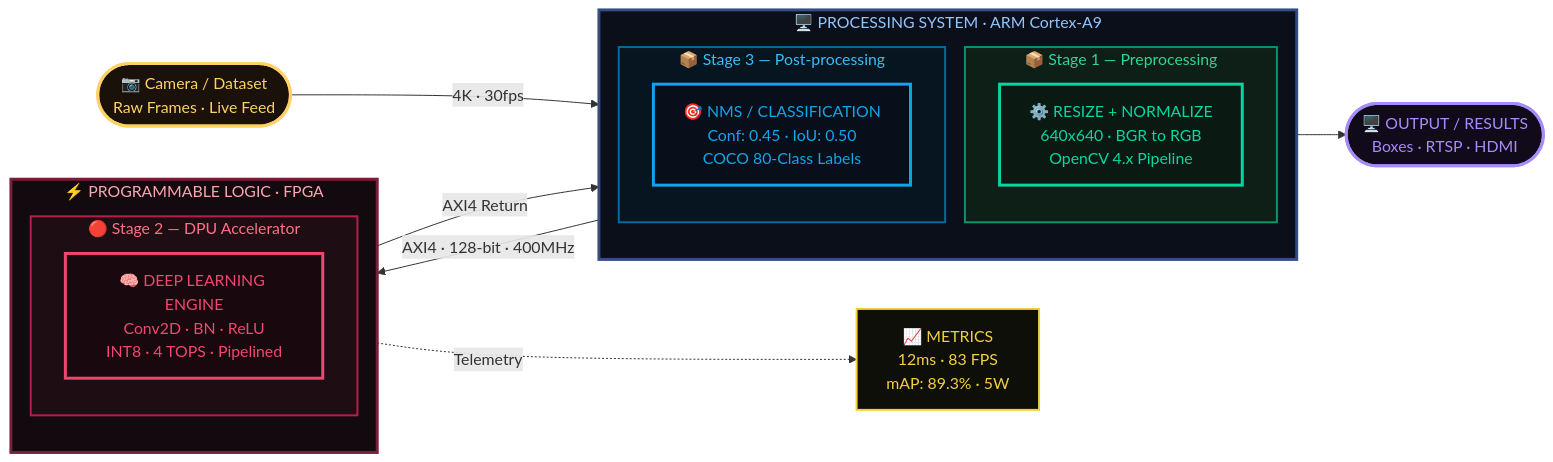
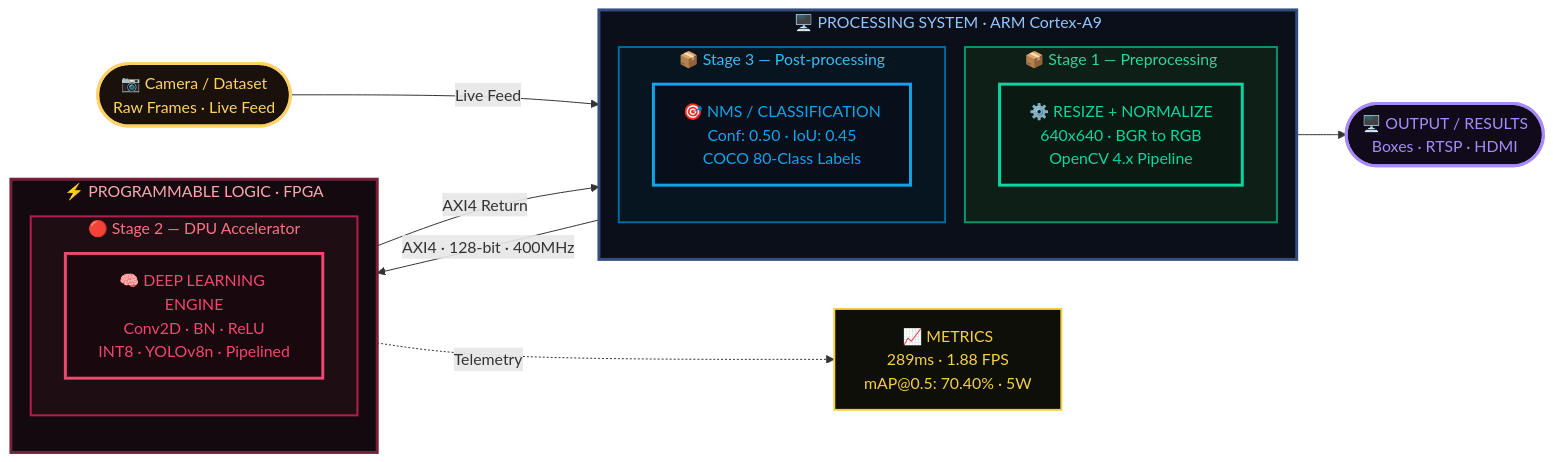
Before and after one commit to PRIY4DH4RS4N-D/Real-Time-Object-Detection-Using-Hardware-Accelerated-CNN-on-Xilinx-Zynq-SoC-Bharat-AI-SoC-Challenge: the second of 3 diagrams in README.md, drawn with Mermaid. The commit also changed other lines of this file, not shown here.

````diff
--- a/README.md
+++ b/README.md
@@ -119,43 +165,43 @@
 ```mermaid
 flowchart LR
     Camera(["📷 Camera / Dataset\nRaw Frames · Live Feed"])
 
     subgraph PS["🖥️ PROCESSING SYSTEM · ARM Cortex-A9"]
         direction TB
         subgraph PRE_BOX["📦 Stage 1 — Preprocessing"]
             Pre["⚙️ RESIZE + NORMALIZE\n640x640 · BGR to RGB\nOpenCV 4.x Pipeline"]
         end
         subgraph POST_BOX["📦 Stage 3 — Post-processing"]
-            Post["🎯 NMS / CLASSIFICATION\nConf: 0.45 · IoU: 0.50\nCOCO 80-Class Labels"]
+            Post["🎯 NMS / CLASSIFICATION\nConf: 0.50 · IoU: 0.45\nCOCO 80-Class Labels"]
         end
     end
 
     subgraph PL["⚡ PROGRAMMABLE LOGIC · FPGA"]
         direction TB
         subgraph DPU_BOX["🔴 Stage 2 — DPU Accelerator"]
-            DPU["🧠 DEEP LEARNING ENGINE\nConv2D · BN · ReLU\nINT8 · 4 TOPS · Pipelined"]
+            DPU["🧠 DEEP LEARNING ENGINE\nConv2D · BN · ReLU\nINT8 · YOLOv8n · Pipelined"]
         end
     end
 
-    Metrics["📈 METRICS\n12ms · 83 FPS\nmAP: 89.3% · 5W"]
+    Metrics["📈 METRICS\n289ms · 1.88 FPS\nmAP@0.5: 70.40% · 5W"]
 
     Display(["🖥️ OUTPUT / RESULTS\nBoxes · RTSP · HDMI"])
 
-    Camera -->|"4K · 30fps"| Pre
+    Camera -->|"Live Feed"| Pre
     Pre -->|"AXI4 · 128-bit · 400MHz"| DPU
     DPU -->|"AXI4 Return"| Post
     Post --> Display
     DPU -.->|"Telemetry"| Metrics
 
     style Camera   fill:#1a120a,stroke:#FFD166,stroke-width:3px,color:#FFD166
     style Pre      fill:#0a1a12,stroke:#06D6A0,stroke-width:3px,color:#06D6A0
     style DPU      fill:#1a080f,stroke:#EF476F,stroke-width:3px,color:#EF476F
     style Post     fill:#080f1a,stroke:#0EA5E9,stroke-width:3px,color:#0EA5E9
     style Display  fill:#100a1a,stroke:#A78BFA,stroke-width:3px,color:#A78BFA
     style Metrics  fill:#0f0f0a,stroke:#F4D03F,stroke-width:2px,color:#F4D03F
     style PRE_BOX  fill:#0d1f16,stroke:#059669,stroke-width:2px,color:#34d399
     style POST_BOX fill:#071520,stroke:#0369A1,stroke-width:2px,color:#38bdf8
     style DPU_BOX  fill:#1f0d14,stroke:#B91C4A,stroke-width:2px,color:#fb7185
     style PS       fill:#0a0f1a,stroke:#334d80,stroke-width:3px,color:#93c5fd
     style PL       fill:#130a0f,stroke:#7a1f3a,stroke-width:3px,color:#fda4af
 ```
````
